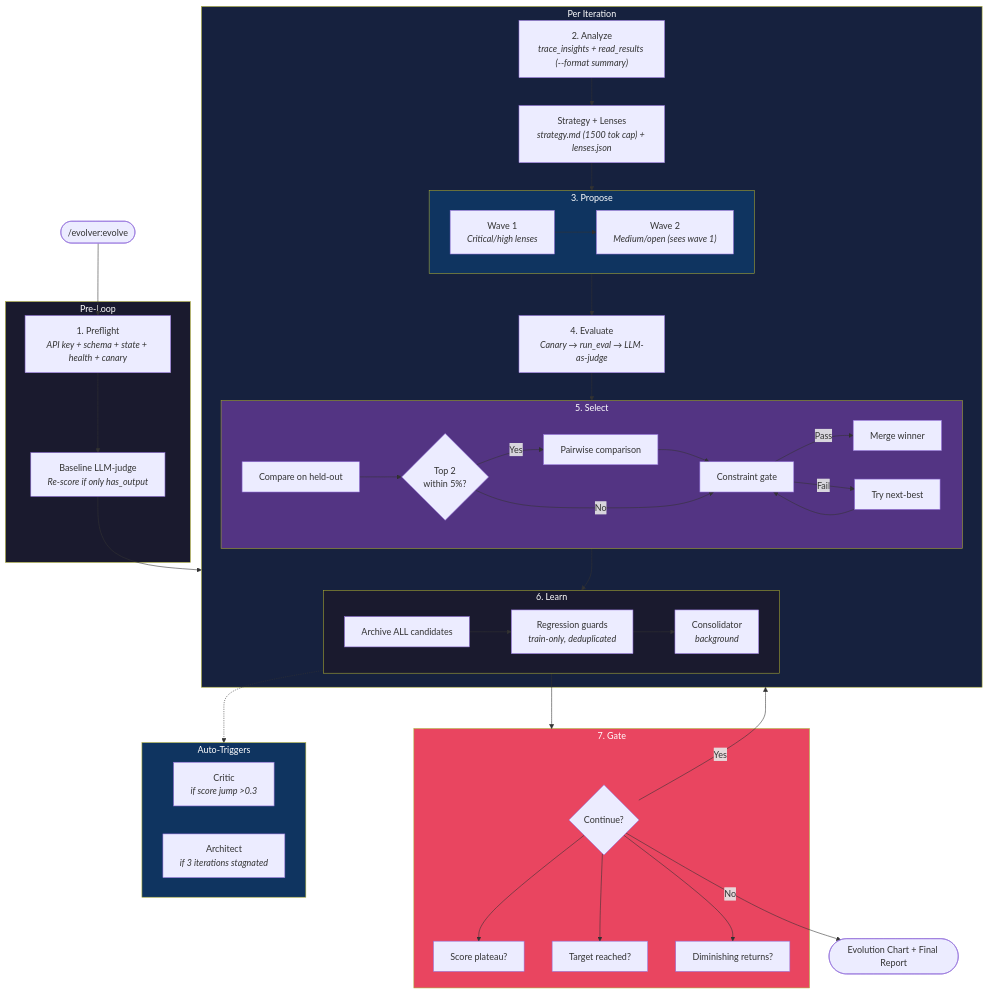
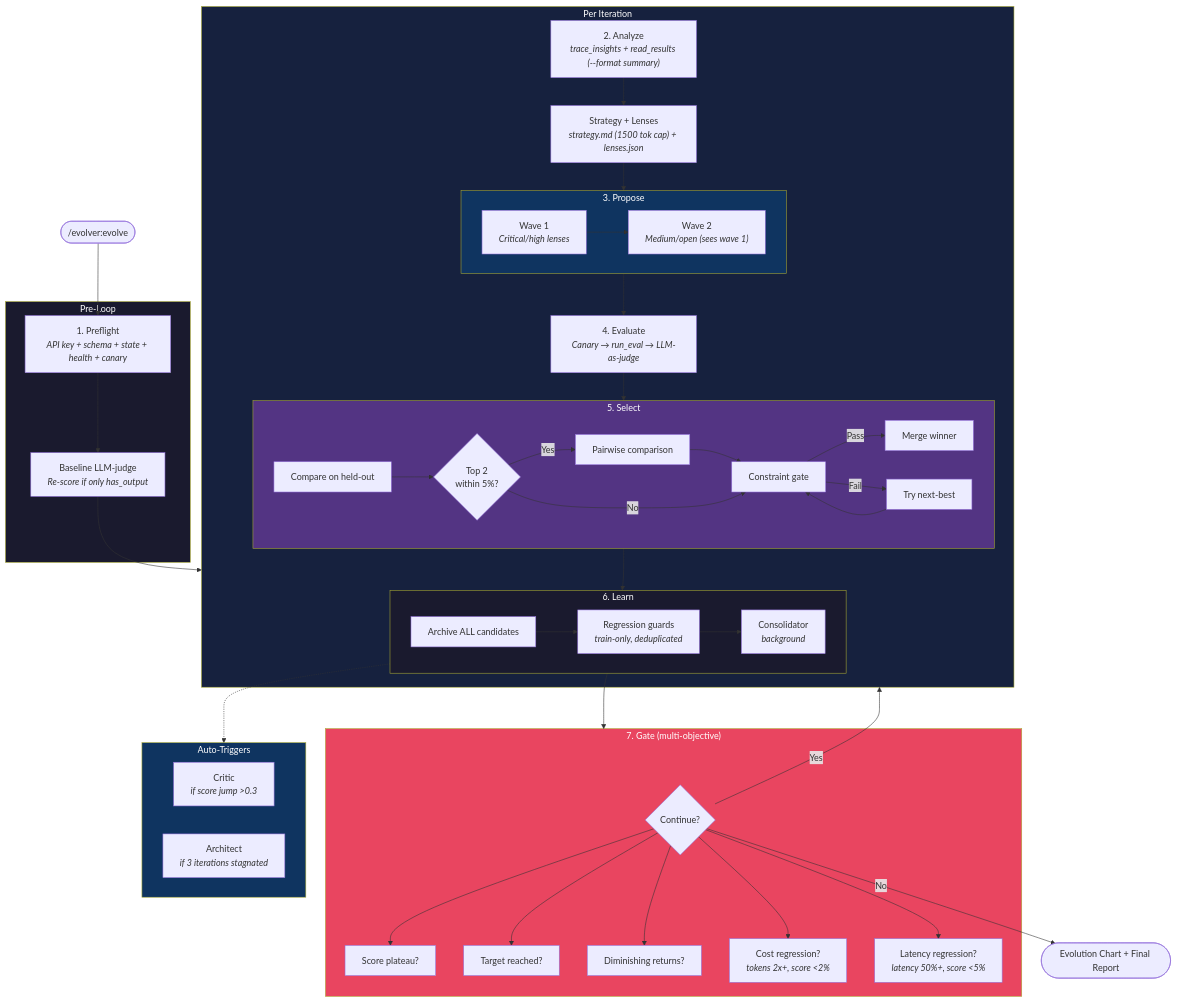
Before and after one commit to raphaelchristi/harness-evolver: the second of 4 diagrams in docs/ARCHITECTURE.md, drawn with Mermaid. The commit also changed 1 other file, not shown here.

Commit message:
docs: CHANGELOG v5.1.1-v5.2.0 + multi-objective gate in ARCHITECTURE Mermaid

````diff
--- a/docs/ARCHITECTURE.md
+++ b/docs/ARCHITECTURE.md
@@ -59,77 +59,79 @@
 ```mermaid
 flowchart TD
     Start(["/evolver:evolve"]) --> Preflight
 
     subgraph Pre["Pre-Loop"]
         Preflight["1. Preflight<br/><i>API key + schema + state + health + canary</i>"]
         Baseline["Baseline LLM-judge<br/><i>Re-score if only has_output</i>"]
         Preflight --> Baseline
     end
 
     Baseline --> Loop
 
     subgraph Loop["Per Iteration"]
         Analyze["2. Analyze<br/><i>trace_insights + read_results (--format summary)</i>"]
         Strategy["Strategy + Lenses<br/><i>strategy.md (1500 tok cap) + lenses.json</i>"]
         
         subgraph Propose["3. Propose"]
             Wave1["Wave 1<br/><i>Critical/high lenses</i>"]
             Wave2["Wave 2<br/><i>Medium/open (sees wave 1)</i>"]
             Wave1 --> Wave2
         end
         
         Eval["4. Evaluate<br/><i>Canary → run_eval → LLM-as-judge</i>"]
         
         subgraph Select["5. Select"]
             Compare["Compare on held-out"]
             Pairwise{"Top 2<br/>within 5%?"}
             PW["Pairwise comparison"]
             Constraint["Constraint gate"]
             Merge["Merge winner"]
             Compare --> Pairwise
             Pairwise -->|Yes| PW --> Constraint
             Pairwise -->|No| Constraint
             Constraint -->|Pass| Merge
             Constraint -->|Fail| NextBest["Try next-best"]
             NextBest --> Constraint
         end
         
         subgraph PostIter["6. Learn"]
             Archive["Archive ALL candidates"]
             Regression["Regression guards<br/><i>train-only, deduplicated</i>"]
             Memory["Consolidator<br/><i>background</i>"]
             Archive --> Regression --> Memory
         end
 
         Analyze --> Strategy --> Propose --> Eval --> Select --> PostIter
     end
 
-    subgraph Gate["7. Gate"]
+    subgraph Gate["7. Gate (multi-objective)"]
         Check{"Continue?"}
         Plateau["Score plateau?"]
         Target["Target reached?"]
         Diminish["Diminishing returns?"]
-        Check --> Plateau & Target & Diminish
+        Cost["Cost regression?<br/><i>tokens 2x+, score &lt;2%</i>"]
+        Latency["Latency regression?<br/><i>latency 50%+, score &lt;5%</i>"]
+        Check --> Plateau & Target & Diminish & Cost & Latency
     end
 
     PostIter --> Gate
     Check -->|Yes| Loop
     Check -->|No| Report
 
     subgraph Auto["Auto-Triggers"]
         CriticTrigger["Critic<br/><i>if score jump >0.3</i>"]
         ArchTrigger["Architect<br/><i>if 3 iterations stagnated</i>"]
     end
 
     PostIter -.-> Auto
 
     Report(["Evolution Chart + Final Report"])
     
     style Pre fill:#1a1a2e,color:#fff
     style Loop fill:#16213e,color:#fff
     style Propose fill:#0f3460,color:#fff
     style Select fill:#533483,color:#fff
     style PostIter fill:#1a1a2e,color:#fff
     style Gate fill:#e94560,color:#fff
     style Auto fill:#0f3460,color:#fff
 ```
````
